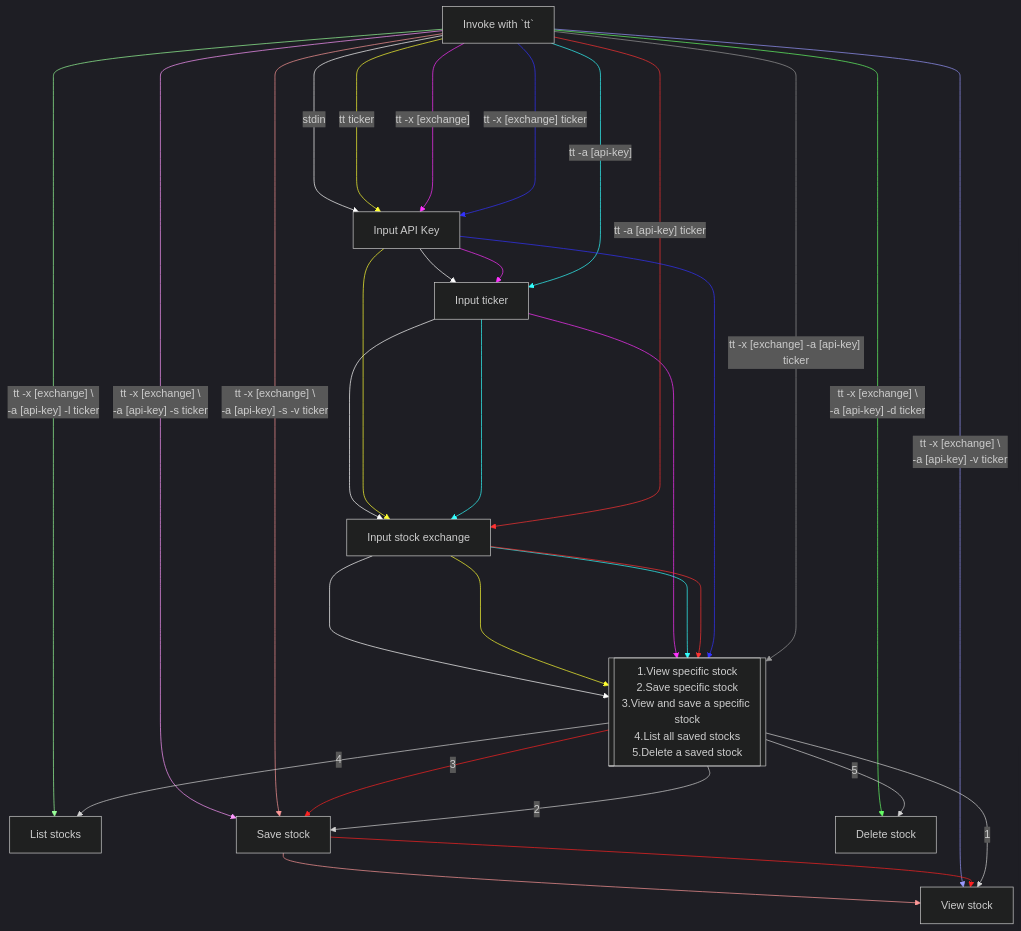
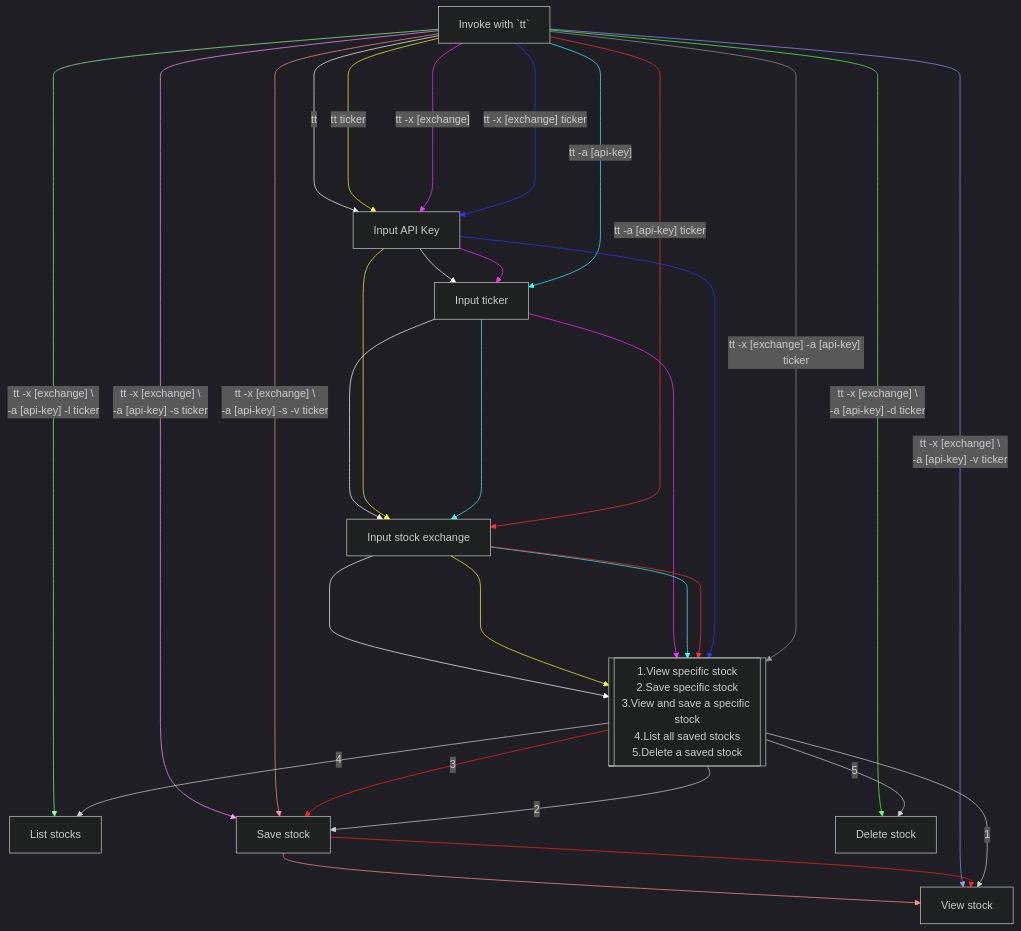
Before and after one commit to tilli-pro/node-developer-challenge: the diagram in README.md, drawn with Mermaid (dark theme).

````diff
--- a/README.md
+++ b/README.md
@@ -70,77 +70,77 @@
 ```mermaid
 flowchart TD
   init[Invoke with `tt`]
 
   apiKey[Input API Key]
 
   exchange[Input stock exchange]
 
   ticker[Input ticker]
 
   listAll[[1.View specific stock\n2.Save specific stock\n3.View and save a specific stock\n4.List all saved stocks\n5.Delete a saved stock]]
 
   view[View stock]
 
   listStocks[List stocks]
 
   save[Save stock]
 
   delete[Delete stock]
 
-  init-- "stdin" ---->apiKey-->ticker---->exchange---->listAll
+  init-- "tt" ---->apiKey-->ticker---->exchange---->listAll
   linkStyle 0 stroke:#fff
   linkStyle 1 stroke:#fff
   linkStyle 2 stroke:#fff
   linkStyle 3 stroke:#fff
 
   init-- "tt ticker" --->apiKey-->exchange-->listAll
   linkStyle 4 stroke:#ff3
   linkStyle 5 stroke:#ff3
   linkStyle 6 stroke:#ff3
 
   init-- "tt -x [exchange]" -->apiKey-->ticker-->listAll
   linkStyle 7 stroke:#f3f
   linkStyle 8 stroke:#f3f
   linkStyle 9 stroke:#f3f
 
   init-- "tt -a [api-key]" -->ticker-->exchange-->listAll
   linkStyle 10 stroke:#3ff
   linkStyle 11 stroke:#3ff
   linkStyle 12 stroke:#3ff
 
   init-- "tt -a [api-key] ticker" --------->exchange-->listAll
   linkStyle 13 stroke:#f33
   linkStyle 14 stroke:#f33
 
   init-- "tt -x [exchange] ticker" -->apiKey-->listAll
   linkStyle 15 stroke:#33f
   linkStyle 16 stroke:#33f
 
   init-- "tt -x [exchange] -a [api-key] ticker" -->listAll
   linkStyle 17 stroke:#999
 
   init-- "tt -x [exchange] \ \n-a [api-key] -s ticker" -->save
   linkStyle 18 stroke: #f9f
 
   init-- "tt -x [exchange] \ \n-a [api-key] -s -v ticker"-->save-->view
   linkStyle 19 stroke:#f99
   linkStyle 20 stroke:#f99
 
   init-- "tt -x [exchange] \ \n-a [api-key] -v ticker" -->view
   linkStyle 21 stroke:#99f
 
   init-- "tt -x [exchange] \ \n-a [api-key] -l ticker" -->listStocks
   linkStyle 22 stroke:#9f9
 
   init-- "tt -x [exchange] \ \n-a [api-key] -d ticker" -->delete
   linkStyle 23 stroke:#6f6
 
   listAll-- "3" -->save-->view
   linkStyle 24 stroke:#f22
   linkStyle 25 stroke:#f22
 
   listAll-- "1" -->view
   listAll-- "2" -->save
   listAll-- "4" -->listStocks
   listAll-- "5" -->delete
 ```
````
